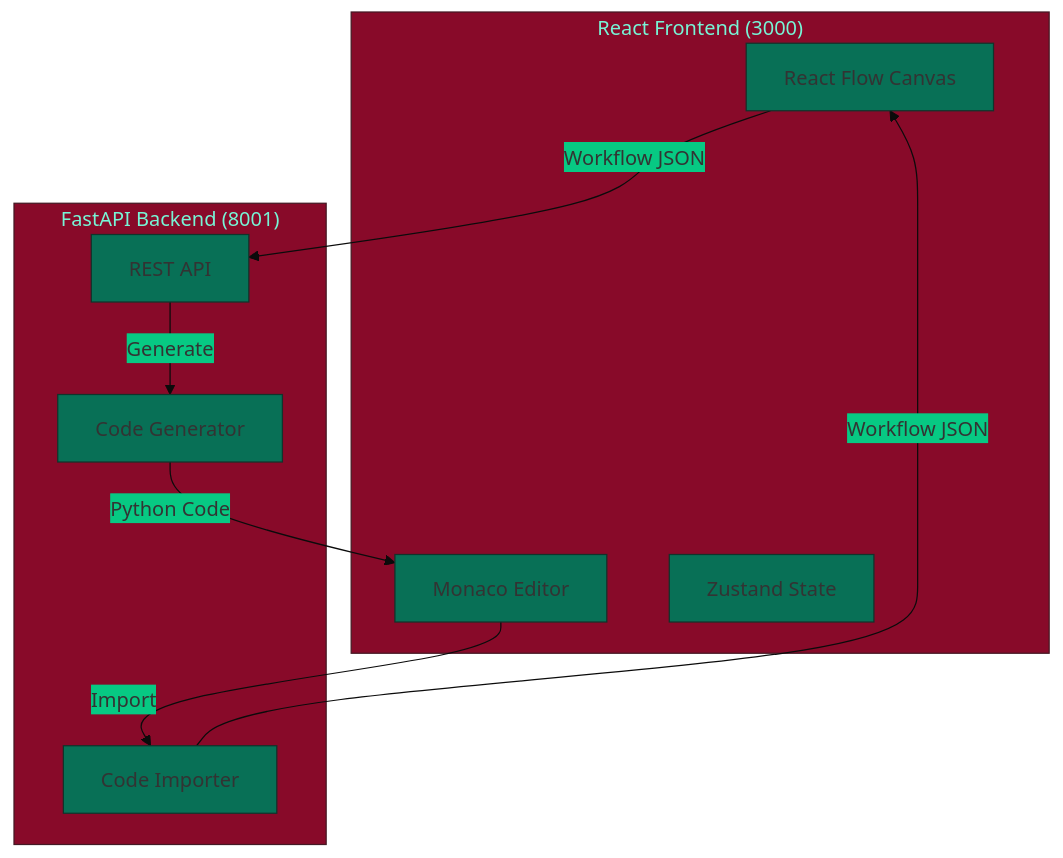
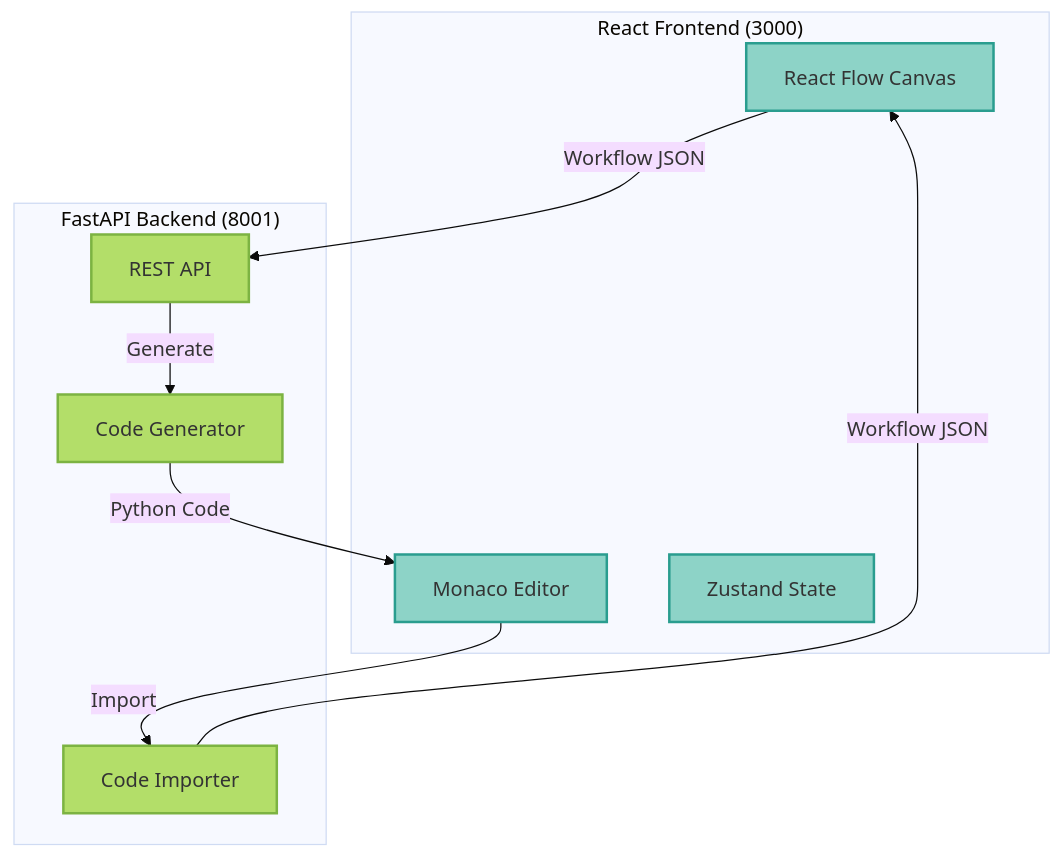
The first of 4 diagrams in docs/guides/visual-workflow-builder.mdx (vishnu2kmohan/mcp-server-langgraph), drawn with Mermaid before and after one commit. The commit also changed 2 other files, not shown here.

Commit message:
style: add ColorBrewer2 Set3 palette styling to Mermaid diagrams
Add required ColorBrewer2 Set3 classDef styling to:
- docs/guides/interactive-playground.mdx
- docs/guides/visual-workflow-builder.mdx
- docs/development/test-infrastructure.mdx

Per diagram visualization standards (ADR-0055).

🤖 Generated with [Claude Code](https://claude.com/claude-code)

````diff
--- a/docs/guides/visual-workflow-builder.mdx
+++ b/docs/guides/visual-workflow-builder.mdx
@@ -39,21 +39,28 @@
 ```mermaid
-%%{init: {'theme':'base', 'themeVariables': {'primaryColor':'#087056','secondaryColor':'#07C983'}}}%%
+%%{init: {'theme':'base'}}%%
 flowchart TB
     subgraph Frontend["React Frontend (3000)"]
         Canvas[React Flow Canvas]
         Monaco[Monaco Editor]
         Zustand[Zustand State]
     end
 
     subgraph Backend["FastAPI Backend (8001)"]
         API[REST API]
         Gen[Code Generator]
         Imp[Code Importer]
     end
 
     Canvas -->|Workflow JSON| API
     API -->|Generate| Gen
     Gen -->|Python Code| Monaco
     Monaco -->|Import| Imp
     Imp -->|Workflow JSON| Canvas
+
+    %% ColorBrewer2 Set3 palette - each component type uniquely colored
+    classDef frontendStyle fill:#8dd3c7,stroke:#2a9d8f,stroke-width:2px,color:#333
+    classDef backendStyle fill:#b3de69,stroke:#7cb342,stroke-width:2px,color:#333
+
+    class Canvas,Monaco,Zustand frontendStyle
+    class API,Gen,Imp backendStyle
 ```
````
